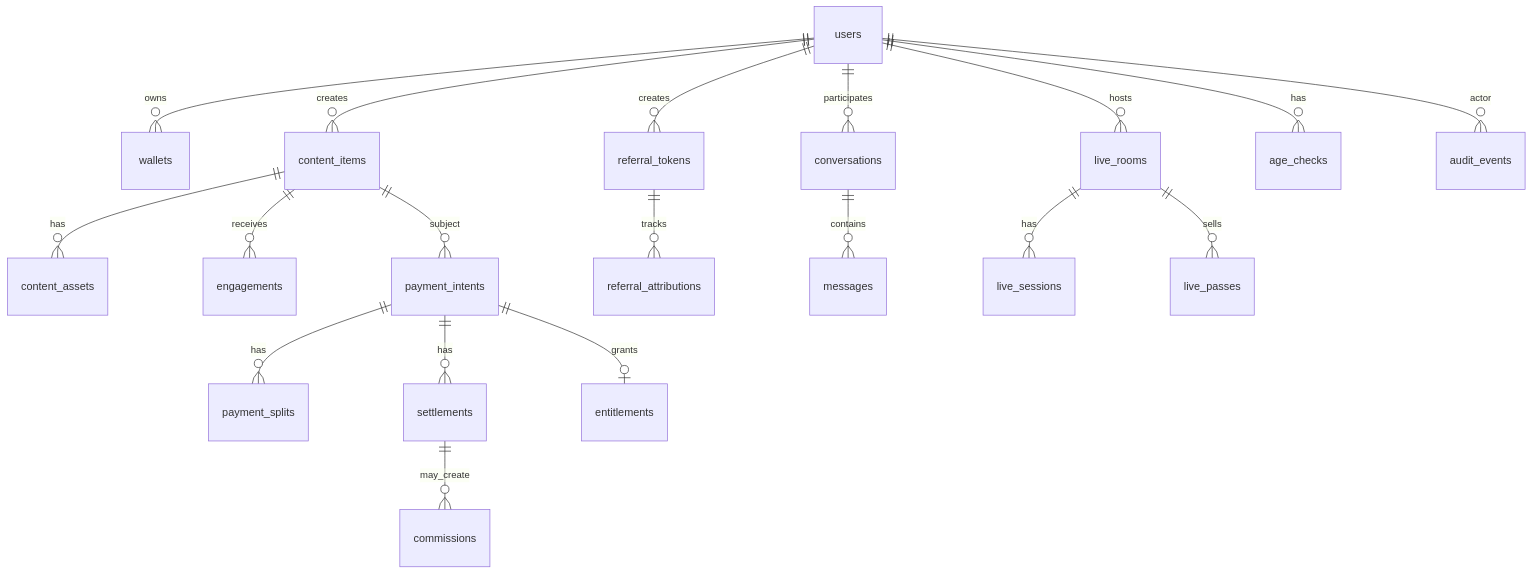
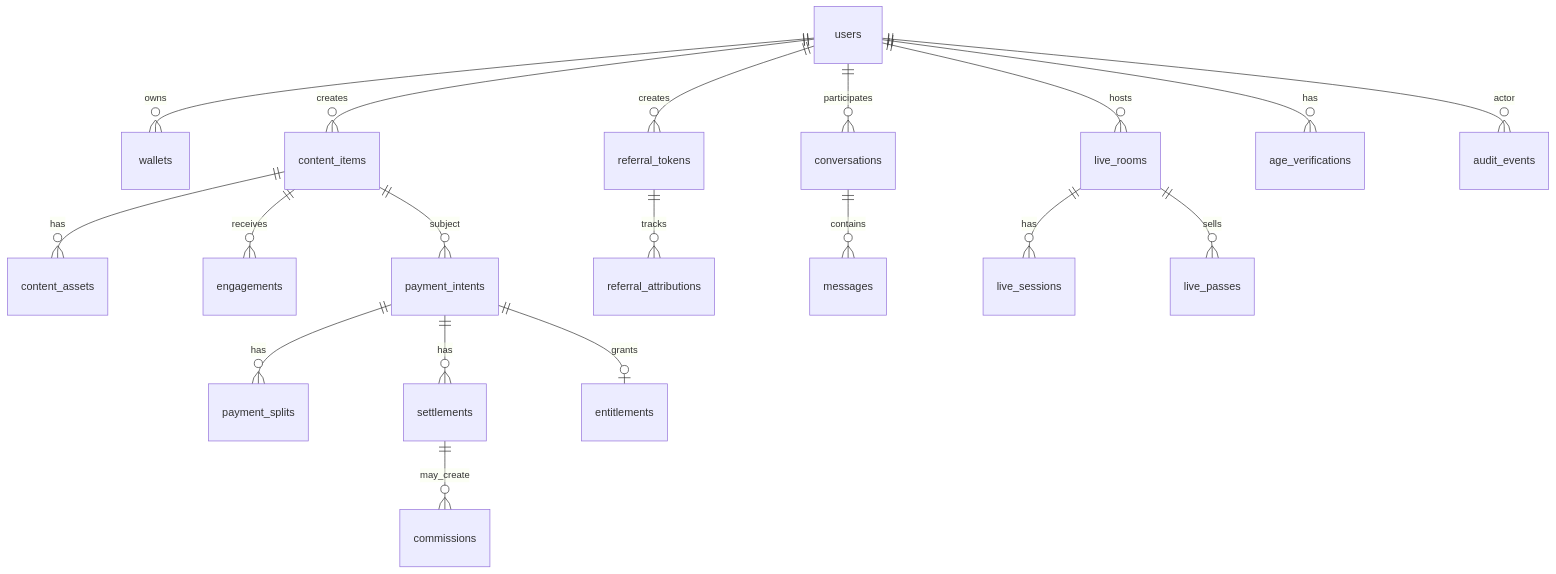
The diagram in docs/v2-new-build/data-model.md (mariospeterman/VEEL-v2), drawn with Mermaid before and after one commit. The commit also changed other lines of this file and 13 other files, not shown here.

````diff
--- a/docs/v2-new-build/data-model.md
+++ b/docs/v2-new-build/data-model.md
@@ -27,21 +27,21 @@
 ```mermaid
 erDiagram
   users ||--o{ wallets : owns
   users ||--o{ content_items : creates
   content_items ||--o{ content_assets : has
   content_items ||--o{ engagements : receives
   content_items ||--o{ payment_intents : subject
   payment_intents ||--o{ payment_splits : has
   payment_intents ||--o{ settlements : has
   payment_intents ||--o| entitlements : grants
   users ||--o{ referral_tokens : creates
   referral_tokens ||--o{ referral_attributions : tracks
   settlements ||--o{ commissions : may_create
   users ||--o{ conversations : participates
   conversations ||--o{ messages : contains
   users ||--o{ live_rooms : hosts
   live_rooms ||--o{ live_sessions : has
   live_rooms ||--o{ live_passes : sells
-  users ||--o{ age_checks : has
+  users ||--o{ age_verifications : has
   users ||--o{ audit_events : actor
 ```
````
